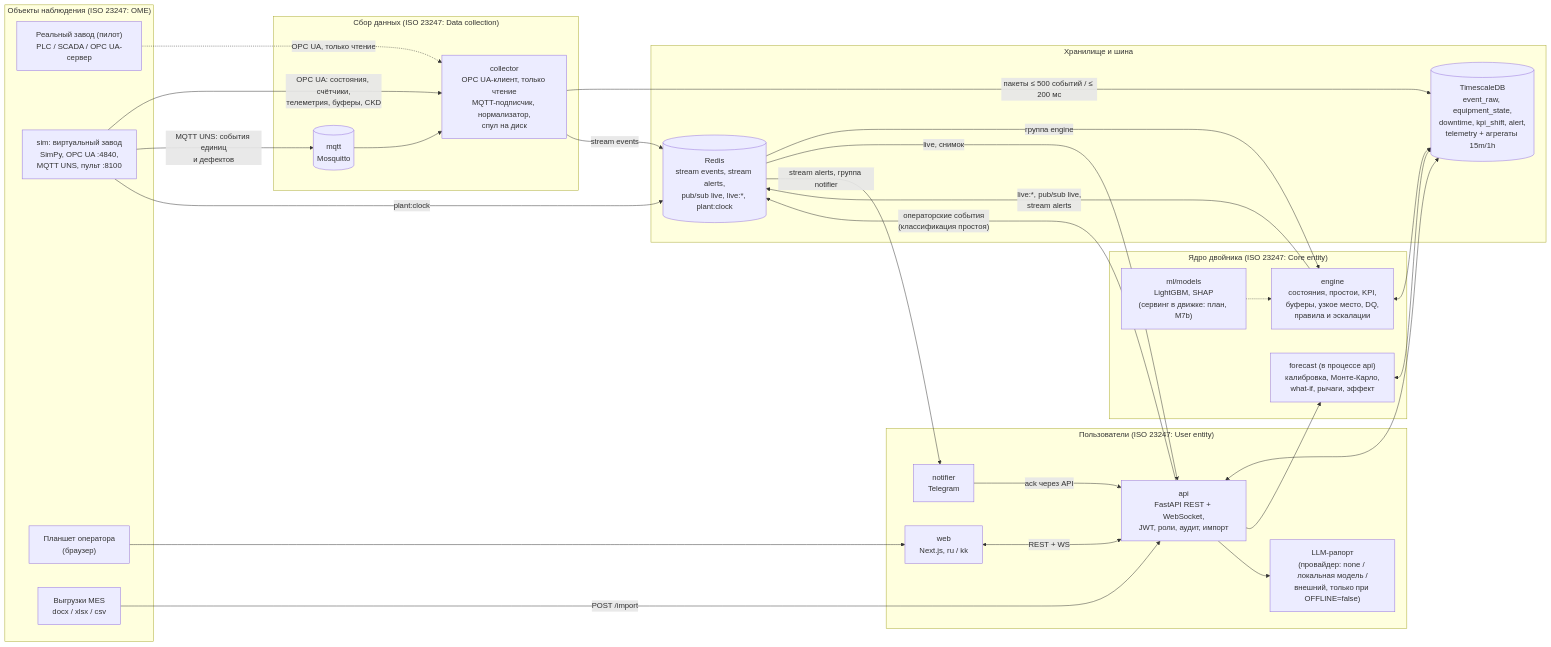
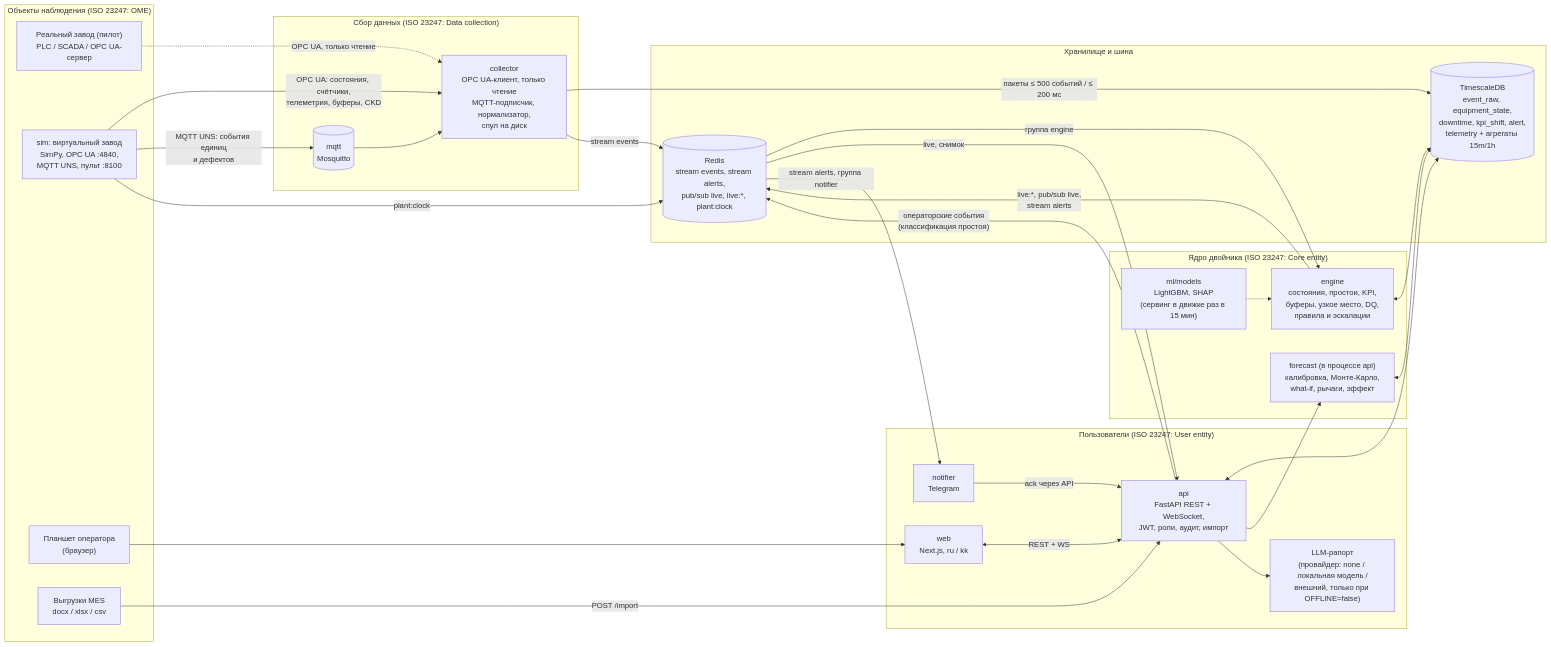
One commit to a1murt/aina changed the first of 2 diagrams in docs/ARCHITECTURE.md. Above: the diagram before and after it, drawn with Mermaid. The commit also changed other lines of this file and 2 other files, not shown here.

Commit message:
README: описание продукта; актуальные статусы в ARCHITECTURE, DEMO, PILOT

````diff
--- a/docs/ARCHITECTURE.md
+++ b/docs/ARCHITECTURE.md
@@ -27,57 +27,57 @@
 ```mermaid
 flowchart LR
   subgraph OME["Объекты наблюдения (ISO 23247: OME)"]
     PLC["Реальный завод (пилот)<br/>PLC / SCADA / OPC UA-сервер"]
     SIM["sim: виртуальный завод<br/>SimPy, OPC UA :4840,<br/>MQTT UNS, пульт :8100"]
     TAB["Планшет оператора<br/>(браузер)"]
     FILES["Выгрузки MES<br/>docx / xlsx / csv"]
   end
 
   subgraph DC["Сбор данных (ISO 23247: Data collection)"]
     COL["collector<br/>OPC UA-клиент, только чтение<br/>MQTT-подписчик, нормализатор,<br/>спул на диск"]
     MQ[("mqtt<br/>Mosquitto")]
   end
 
   subgraph BUS["Хранилище и шина"]
     DB[("TimescaleDB<br/>event_raw, equipment_state,<br/>downtime, kpi_shift, alert,<br/>telemetry + агрегаты 15m/1h")]
     RD[("Redis<br/>stream events, stream alerts,<br/>pub/sub live, live:*, plant:clock")]
   end
 
   subgraph CORE["Ядро двойника (ISO 23247: Core entity)"]
     ENG["engine<br/>состояния, простои, KPI,<br/>буферы, узкое место, DQ,<br/>правила и эскалации"]
     FC["forecast (в процессе api)<br/>калибровка, Монте-Карло,<br/>what-if, рычаги, эффект"]
-    ML["ml/models<br/>LightGBM, SHAP<br/>(сервинг в движке: план, M7b)"]
+    ML["ml/models<br/>LightGBM, SHAP<br/>(сервинг в движке раз в 15 мин)"]
   end
 
   subgraph UE["Пользователи (ISO 23247: User entity)"]
     API["api<br/>FastAPI REST + WebSocket,<br/>JWT, роли, аудит, импорт"]
     WEB["web<br/>Next.js, ru / kk"]
     NOT["notifier<br/>Telegram"]
     LLM["LLM-рапорт<br/>(провайдер: none / локальная модель /<br/>внешний, только при OFFLINE=false)"]
   end
 
   SIM -- "OPC UA: состояния, счётчики,<br/>телеметрия, буферы, CKD" --> COL
   SIM -- "MQTT UNS: события единиц<br/>и дефектов" --> MQ
   PLC -. "OPC UA, только чтение" .-> COL
   MQ --> COL
   SIM -- "plant:clock" --> RD
 
   COL -- "пакеты ≤ 500 событий / ≤ 200 мс" --> DB
   COL -- "stream events" --> RD
   RD -- "группа engine" --> ENG
   ENG <--> DB
   ENG -- "live:*, pub/sub live,<br/>stream alerts" --> RD
   ML -.-> ENG
 
   RD -- "live, снимок" --> API
   API <--> DB
   API --> FC
   FC <--> DB
   API --> LLM
   API -- "операторские события<br/>(классификация простоя)" --> RD
   FILES -- "POST /import" --> API
   TAB --> WEB
   WEB <-->|"REST + WS"| API
   RD -- "stream alerts, группа notifier" --> NOT
   NOT -- "ack через API" --> API
 ```
````
